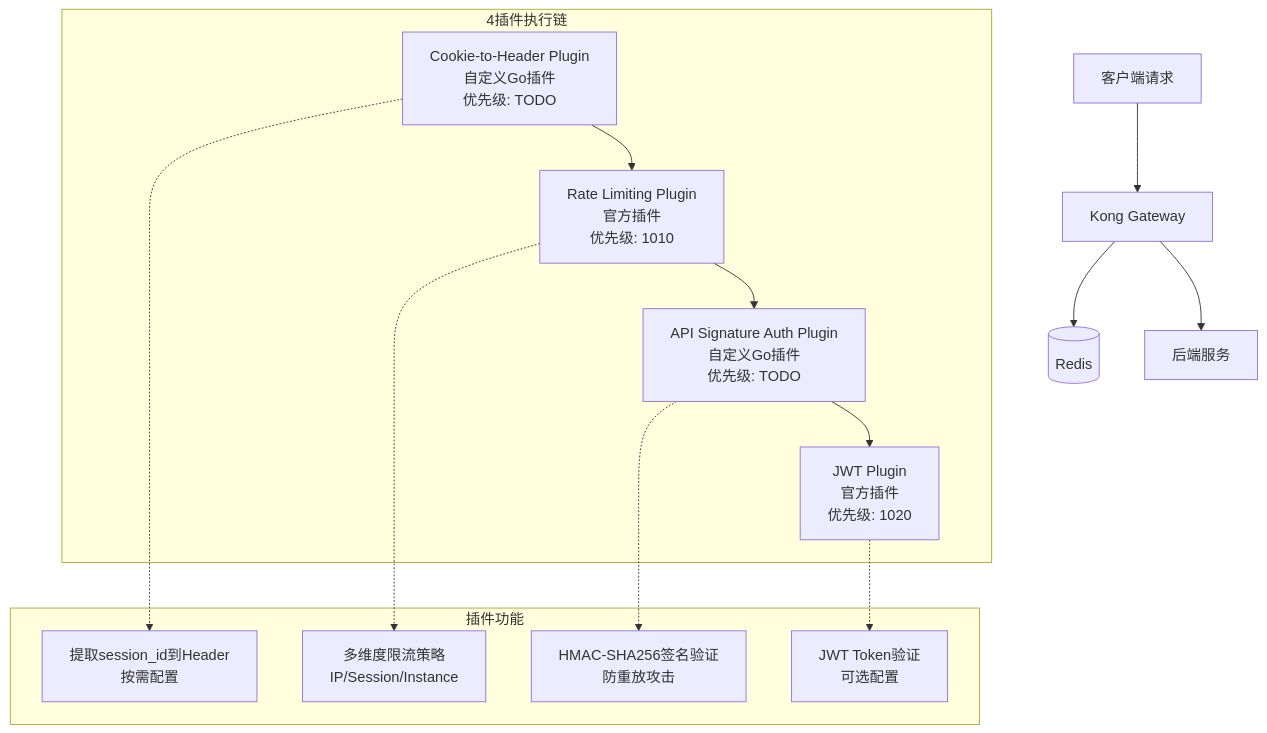
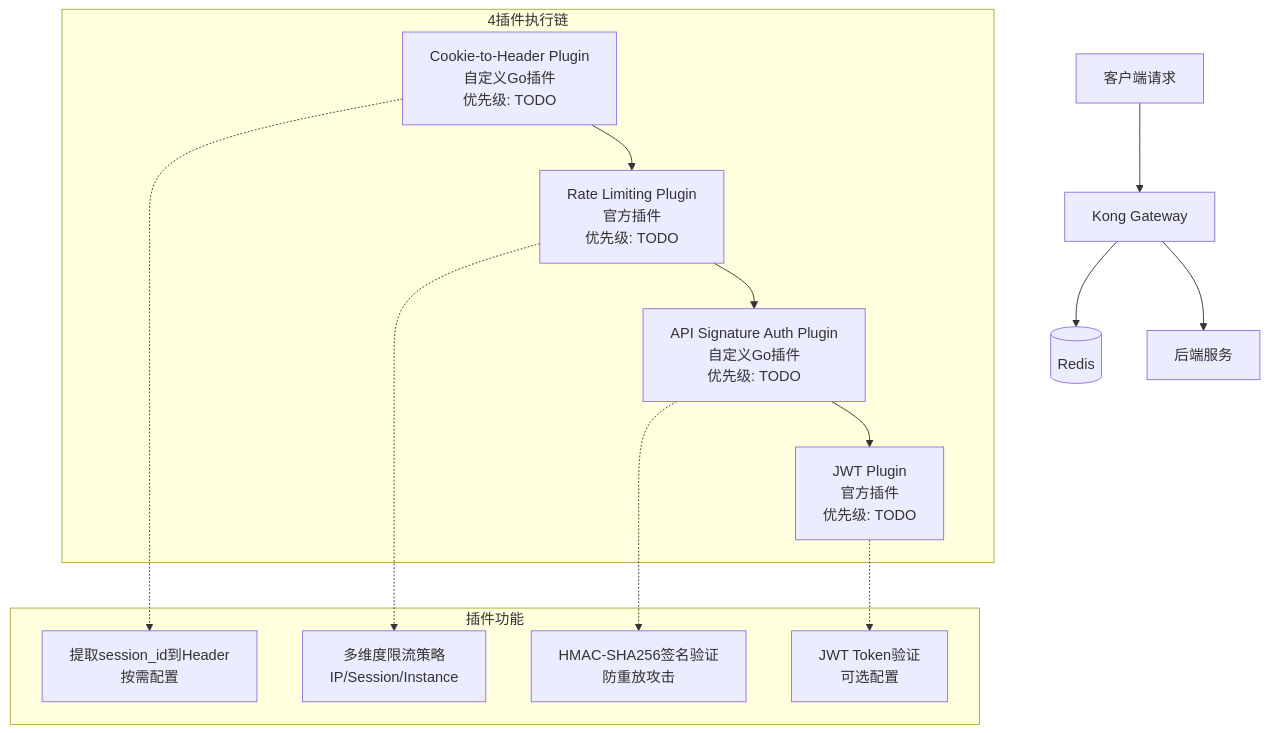
Before and after one commit to yingjianzh/iodraw-files: the diagram in all/未命名-7.md, drawn with Mermaid.

Commit message:
2025-11-19 15:05:38 update

````diff
--- a/all/未命名-7.md
+++ b/all/未命名-7.md
@@ -1,25 +1,25 @@
 ```mermaid
 graph TB
     Client[客户端请求] --> Kong[Kong Gateway]
 
     subgraph "4插件执行链"
-        A[Cookie-to-Header Plugin<br/>自定义Go插件<br/>优先级: TODO] --> B[Rate Limiting Plugin<br/>官方插件<br/>优先级: 1010]
+        A[Cookie-to-Header Plugin<br/>自定义Go插件<br/>优先级: TODO] --> B[Rate Limiting Plugin<br/>官方插件<br/>优先级: TODO]
         B --> C[API Signature Auth Plugin<br/>自定义Go插件<br/>优先级: TODO]
-        C --> D[JWT Plugin<br/>官方插件<br/>优先级: 1020]
+        C --> D[JWT Plugin<br/>官方插件<br/>优先级: TODO]
     end
 
     Kong --> Redis[(Redis)]
     Kong --> Backend[后端服务]
 
     subgraph "插件功能"
         A1[提取session_id到Header<br/>按需配置]
         B1[多维度限流策略<br/>IP/Session/Instance]
         C1[HMAC-SHA256签名验证<br/>防重放攻击]
         D1[JWT Token验证<br/>可选配置]
     end
 
     A -.-> A1
     B -.-> B1
     C -.-> C1
     D -.-> D1
 ```
````
